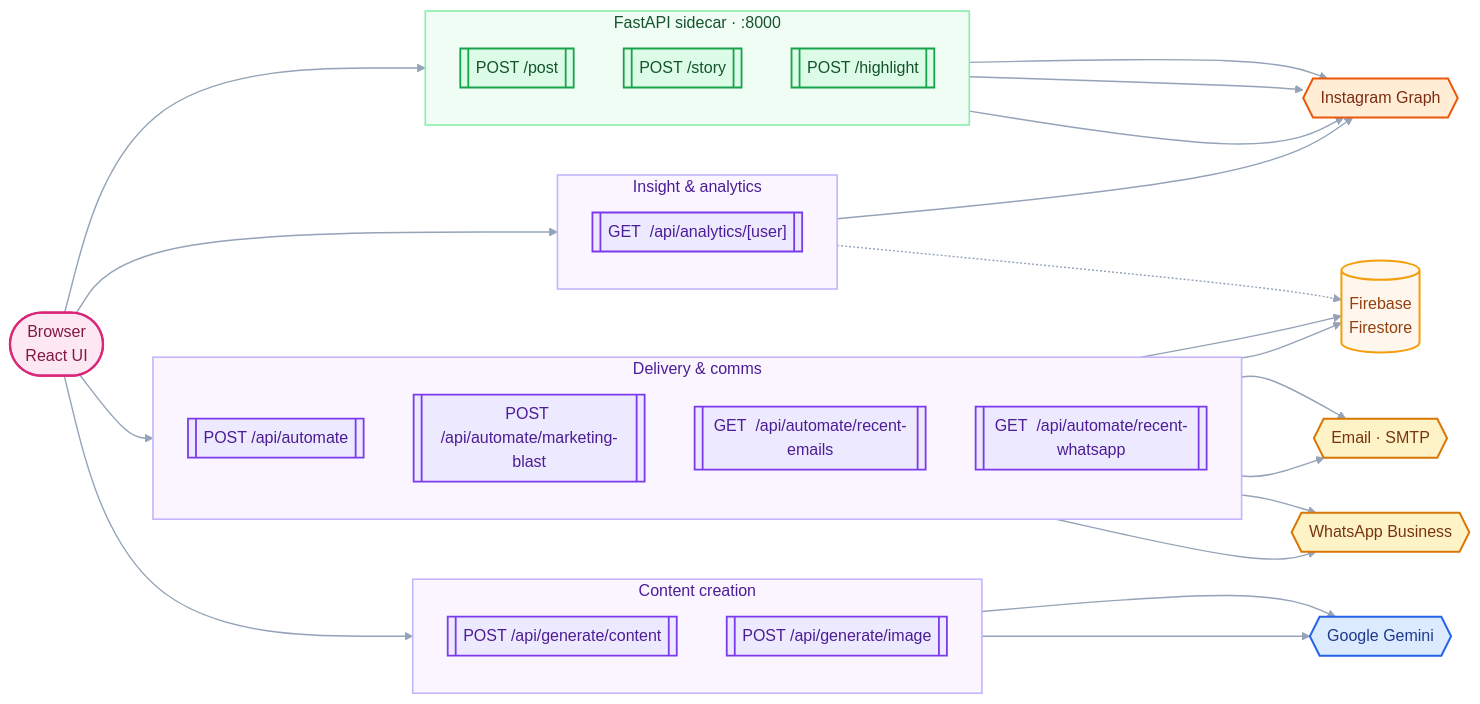
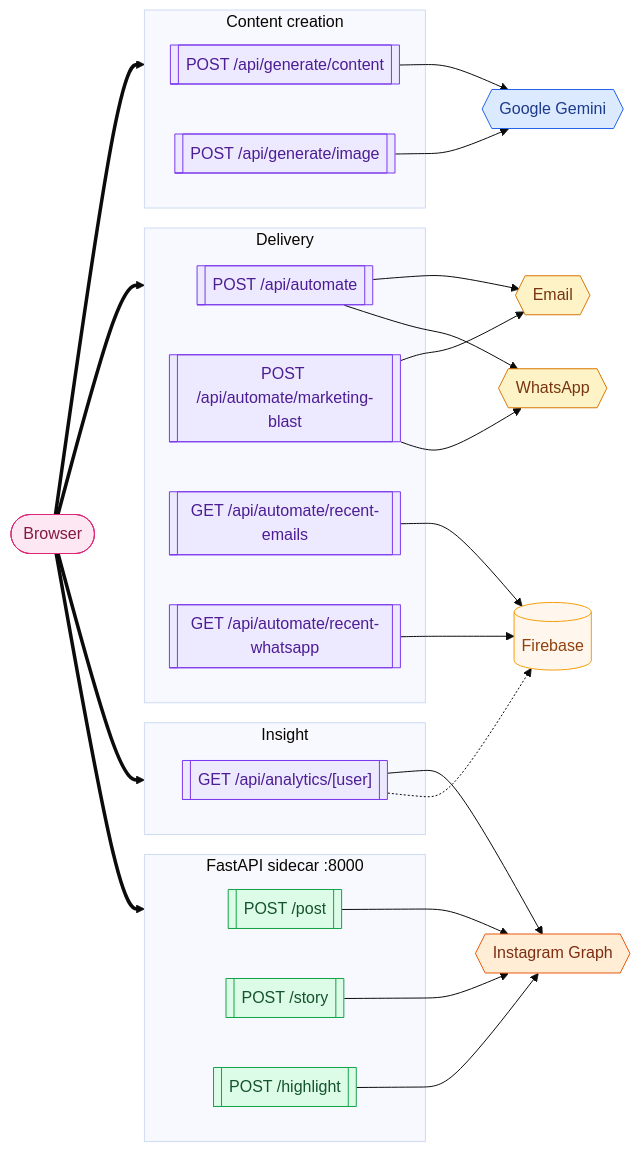
The fifth of 8 diagrams in README.md (Aniruddh-fullstac/knowmedfia), drawn with Mermaid before and after one commit. The commit also changed other lines of this file and 4 other files, not shown here.

Commit message:
docs: use custom pipeline diagram in README

````diff
--- a/README.md
+++ b/README.md
@@ -352,75 +345,52 @@
 ```mermaid
-%%{init: {
-  "theme": "base",
-  "themeVariables": { "fontFamily": "ui-sans-serif, system-ui, sans-serif" }
-}}%%
+%%{init: { "theme": "base" }}%%
 flowchart LR
-  CLIENT(["Browser<br/>React UI"]):::client
-
+  CLIENT(["Browser"]):::client
   subgraph CONTENT["Content creation"]
-    direction TB
     GC[["POST /api/generate/content"]]:::next
     GI[["POST /api/generate/image"]]:::next
   end
-
-  subgraph DELIVERY["Delivery &amp; comms"]
-    direction TB
+  subgraph DELIVERY["Delivery"]
     AM[["POST /api/automate"]]:::next
     AB[["POST /api/automate/marketing-blast"]]:::next
-    AE[["GET&nbsp;&nbsp;/api/automate/recent-emails"]]:::next
-    AW[["GET&nbsp;&nbsp;/api/automate/recent-whatsapp"]]:::next
+    AE[["GET /api/automate/recent-emails"]]:::next
+    AW[["GET /api/automate/recent-whatsapp"]]:::next
   end
-
-  subgraph INSIGHT["Insight &amp; analytics"]
-    direction TB
-    AN[["GET&nbsp;&nbsp;/api/analytics/[user]"]]:::next
+  subgraph INSIGHT["Insight"]
+    AN[["GET /api/analytics/[user]"]]:::next
   end
-
-  subgraph SIDE["FastAPI sidecar · :8000"]
-    direction TB
+  subgraph SIDE["FastAPI sidecar :8000"]
     SP[["POST /post"]]:::fast
     SS[["POST /story"]]:::fast
     SH[["POST /highlight"]]:::fast
   end
-
   GEM{{"Google Gemini"}}:::gem
   IG{{"Instagram Graph"}}:::ig
-  EMAIL{{"Email · SMTP"}}:::ext
-  WHATS{{"WhatsApp Business"}}:::ext
-  FB[("Firebase<br/>Firestore")]:::db
-
+  EMAIL{{"Email"}}:::ext
+  WHATS{{"WhatsApp"}}:::ext
+  FB[("Firebase")]:::db
   CLIENT ==> CONTENT
   CLIENT ==> DELIVERY
   CLIENT ==> INSIGHT
   CLIENT ==> SIDE
-
   GC --> GEM
   GI --> GEM
   AB --> EMAIL
   AB --> WHATS
   AM --> EMAIL
   AM --> WHATS
   AE --> FB
   AW --> FB
   AN --> IG
   AN -.-> FB
-
   SP --> IG
   SS --> IG
   SH --> IG
-
-  classDef client fill:#fce7f3,stroke:#db2777,stroke-width:2.2px,color:#831843
-  classDef next   fill:#ede9fe,stroke:#7c3aed,stroke-width:1.8px,color:#4c1d95
-  classDef fast   fill:#dcfce7,stroke:#16a34a,stroke-width:1.8px,color:#14532d
-  classDef gem    fill:#dbeafe,stroke:#2563eb,stroke-width:2px,color:#1e3a8a
-  classDef ig     fill:#ffedd5,stroke:#ea580c,stroke-width:2px,color:#7c2d12
-  classDef ext    fill:#fef3c7,stroke:#d97706,stroke-width:2px,color:#78350f
-  classDef db     fill:#fff7ed,stroke:#f59e0b,stroke-width:2px,color:#92400e
-
-  style CONTENT  fill:#faf5ff,stroke:#c4b5fd,stroke-width:1.6px,color:#4c1d95
-  style DELIVERY fill:#faf5ff,stroke:#c4b5fd,stroke-width:1.6px,color:#4c1d95
-  style INSIGHT  fill:#faf5ff,stroke:#c4b5fd,stroke-width:1.6px,color:#4c1d95
-  style SIDE     fill:#f0fdf4,stroke:#86efac,stroke-width:1.6px,color:#14532d
-
-  linkStyle default stroke:#94a3b8,stroke-width:1.4px
+  classDef client fill:#fce7f3,stroke:#db2777,color:#831843
+  classDef next   fill:#ede9fe,stroke:#7c3aed,color:#4c1d95
+  classDef fast   fill:#dcfce7,stroke:#16a34a,color:#14532d
+  classDef gem    fill:#dbeafe,stroke:#2563eb,color:#1e3a8a
+  classDef ig     fill:#ffedd5,stroke:#ea580c,color:#7c2d12
+  classDef ext    fill:#fef3c7,stroke:#d97706,color:#78350f
+  classDef db     fill:#fff7ed,stroke:#f59e0b,color:#92400e
 ```
````
